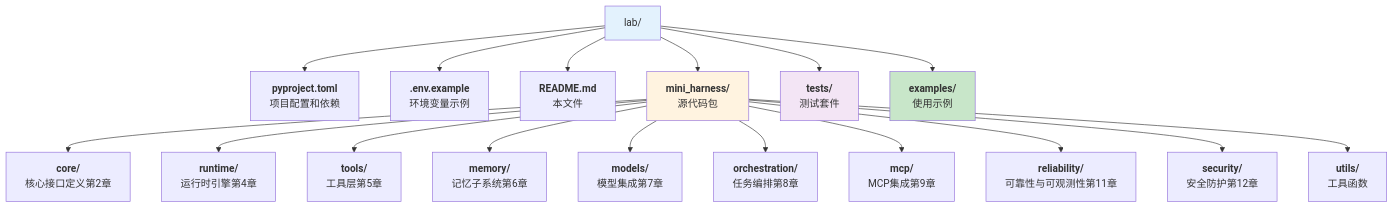
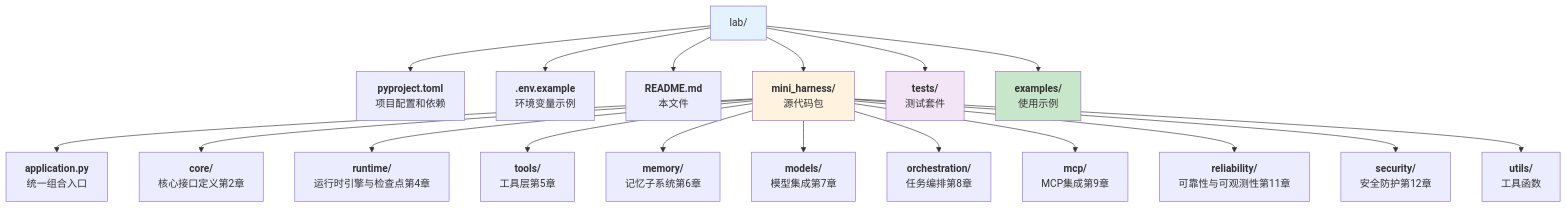
One commit to yeasy/harness_engineering_guide changed the diagram in lab/README.md. Above: the diagram before and after it, drawn with Mermaid. The commit also changed other lines of this file and 44 other files, not shown here.

````diff
--- a/lab/README.md
+++ b/lab/README.md
@@ -27,28 +32,29 @@
 ```mermaid
 graph TD
     A["lab/"]
 
     A --> B["<b>pyproject.toml</b><br/>项目配置和依赖"]
     A --> C["<b>.env.example</b><br/>环境变量示例"]
     A --> D["<b>README.md</b><br/>本文件"]
 
     A --> E["<b>mini_harness/</b><br/>源代码包"]
+    E --> E0["<b>application.py</b><br/>统一组合入口"]
     E --> E1["<b>core/</b><br/>核心接口定义第2章"]
-    E --> E2["<b>runtime/</b><br/>运行时引擎第4章"]
+    E --> E2["<b>runtime/</b><br/>运行时引擎与检查点第4章"]
     E --> E3["<b>tools/</b><br/>工具层第5章"]
     E --> E4["<b>memory/</b><br/>记忆子系统第6章"]
     E --> E5["<b>models/</b><br/>模型集成第7章"]
     E --> E6["<b>orchestration/</b><br/>任务编排第8章"]
     E --> E7["<b>mcp/</b><br/>MCP集成第9章"]
     E --> E8["<b>reliability/</b><br/>可靠性与可观测性第11章"]
     E --> E9["<b>security/</b><br/>安全防护第12章"]
     E --> E10["<b>utils/</b><br/>工具函数"]
 
     A --> F["<b>tests/</b><br/>测试套件"]
     A --> G["<b>examples/</b><br/>使用示例"]
 
     style A fill:#e3f2fd
     style E fill:#fff3e0
     style F fill:#f3e5f5
     style G fill:#c8e6c9
 ```
````
